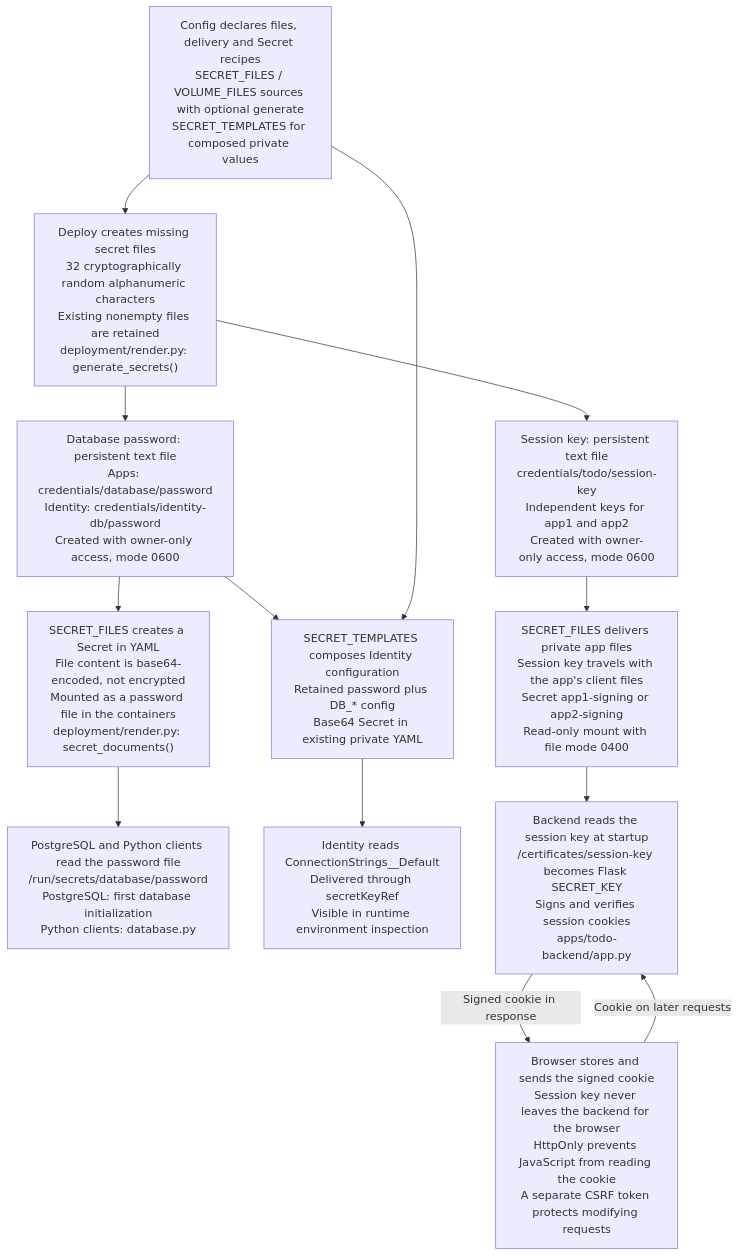
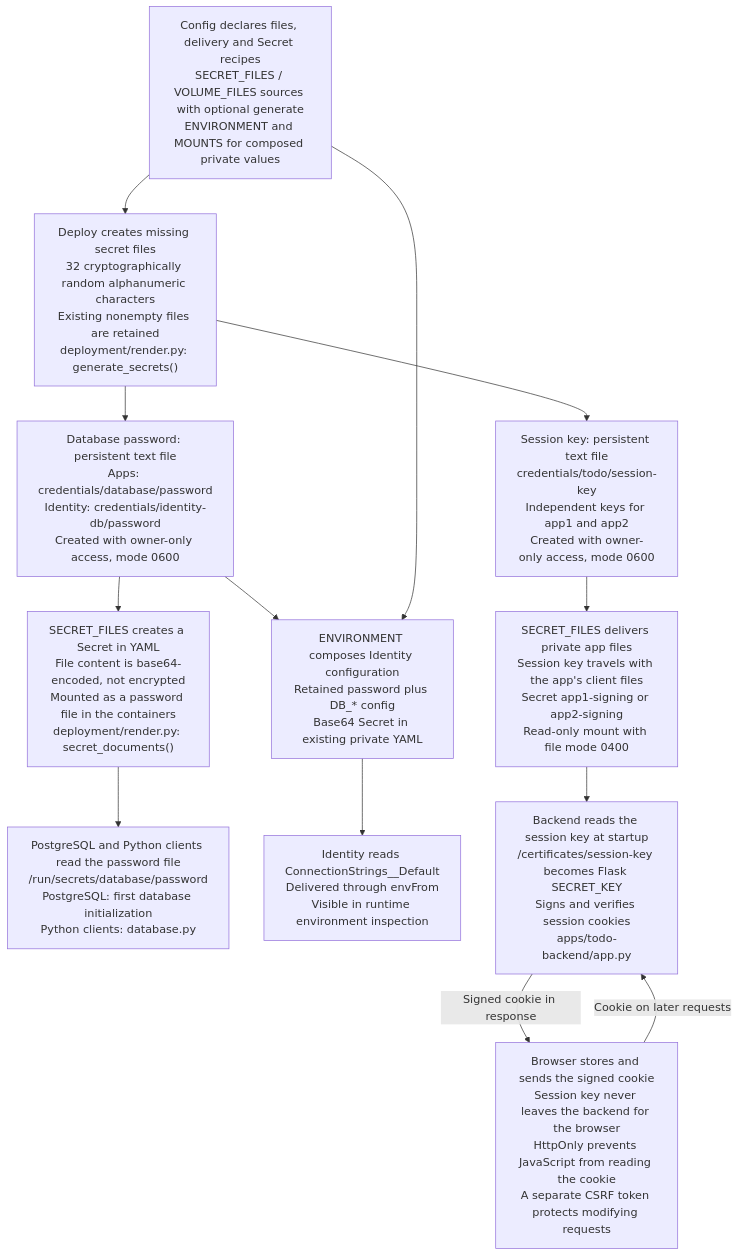
The second of 3 diagrams in README.md (gunstein/podman_offline), drawn with Mermaid before and after one commit. The commit also changed other lines of this file and 87 other files, not shown here.

First line of the commit message:
Backlog 77: remove the standalone mode and authored SECRET_TEMPLATES

````diff
--- a/README.md
+++ b/README.md
@@ -788,64 +782,64 @@
 ```mermaid
 flowchart TD
     CONFIG["`Config declares files, delivery and Secret recipes
     SECRET_FILES / VOLUME_FILES sources with optional generate
-    SECRET_TEMPLATES for composed private values`"]
+    ENVIRONMENT and MOUNTS for composed private values`"]
 
     GENERATE["`Deploy creates missing secret files
     32 cryptographically random alphanumeric characters
     Existing nonempty files are retained
     deployment/render.py: generate_secrets()`"]
 
     DBFILE["`Database password: persistent text file
     Apps: credentials/database/password
     Identity: credentials/identity-db/password
     Created with owner-only access, mode 0600`"]
 
     SESSIONFILE["`Session key: persistent text file
     credentials/todo/session-key
     Independent keys for app1 and app2
     Created with owner-only access, mode 0600`"]
 
     SECRET["`SECRET_FILES creates a Secret in YAML
     File content is base64-encoded, not encrypted
     Mounted as a password file in the containers
     deployment/render.py: secret_documents()`"]
 
     APPSECRET["`SECRET_FILES delivers private app files
     Session key travels with the app's client files
     Secret app1-signing or app2-signing
     Read-only mount with file mode 0400`"]
 
     DATABASE["`PostgreSQL and Python clients read the password file
     /run/secrets/database/password
     PostgreSQL: first database initialization
     Python clients: database.py`"]
 
-    TEMPLATE["`SECRET_TEMPLATES composes Identity configuration
+    TEMPLATE["`ENVIRONMENT composes Identity configuration
     Retained password plus DB_* config
     Base64 Secret in existing private YAML`"]
 
     IDENTITY["`Identity reads ConnectionStrings__Default
-    Delivered through secretKeyRef
+    Delivered through envFrom
     Visible in runtime environment inspection`"]
 
     BACKEND["`Backend reads the session key at startup
     /certificates/session-key becomes Flask SECRET_KEY
     Signs and verifies session cookies
     apps/todo-backend/app.py`"]
 
     BROWSER["`Browser stores and sends the signed cookie
     Session key never leaves the backend for the browser
     HttpOnly prevents JavaScript from reading the cookie
     A separate CSRF token protects modifying requests`"]
 
     CONFIG --> GENERATE
     GENERATE --> DBFILE
     GENERATE --> SESSIONFILE
     DBFILE --> SECRET --> DATABASE
     DBFILE --> TEMPLATE --> IDENTITY
     CONFIG --> TEMPLATE
     SESSIONFILE --> APPSECRET --> BACKEND
     BACKEND -->|Signed cookie in response| BROWSER
     BROWSER -->|Cookie on later requests| BACKEND
 ```
````
